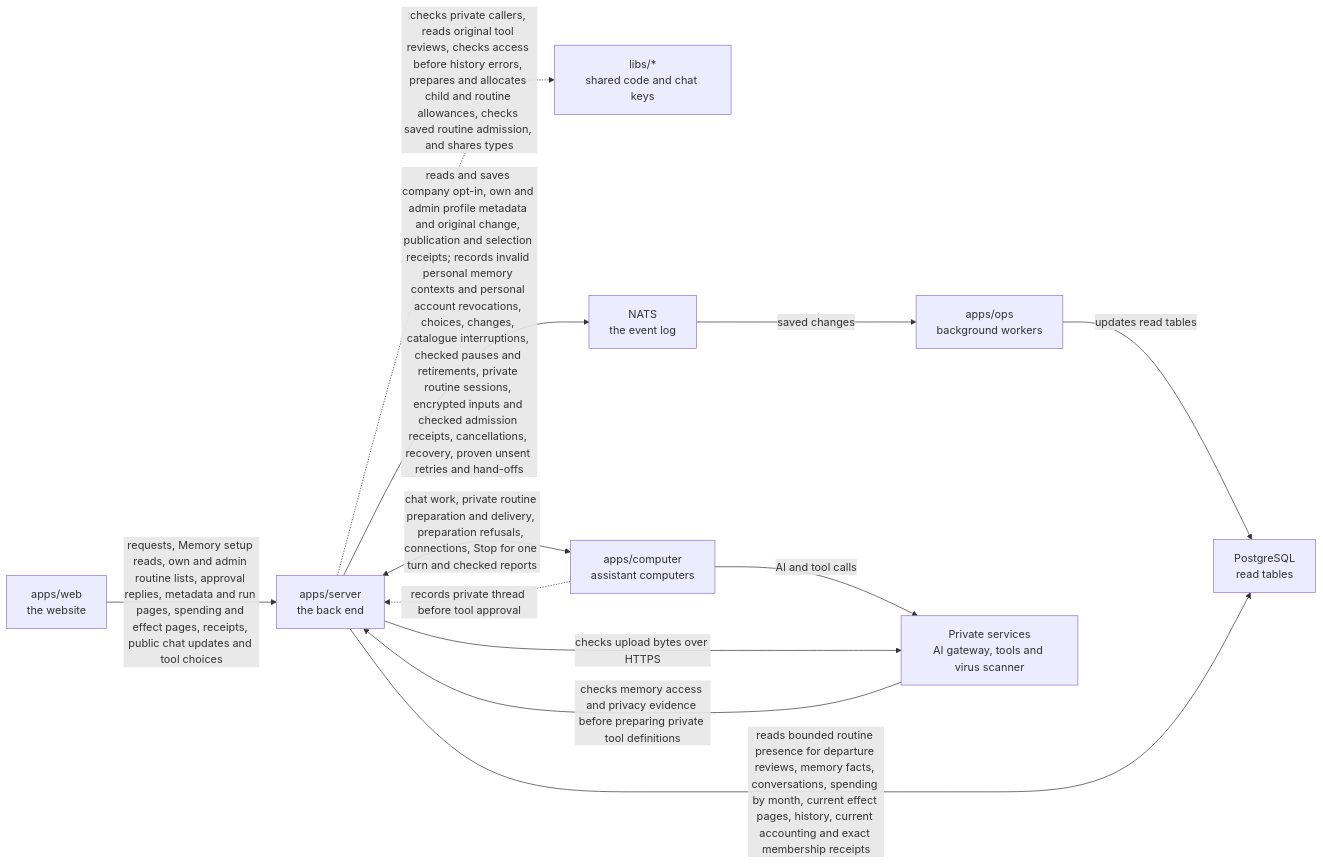
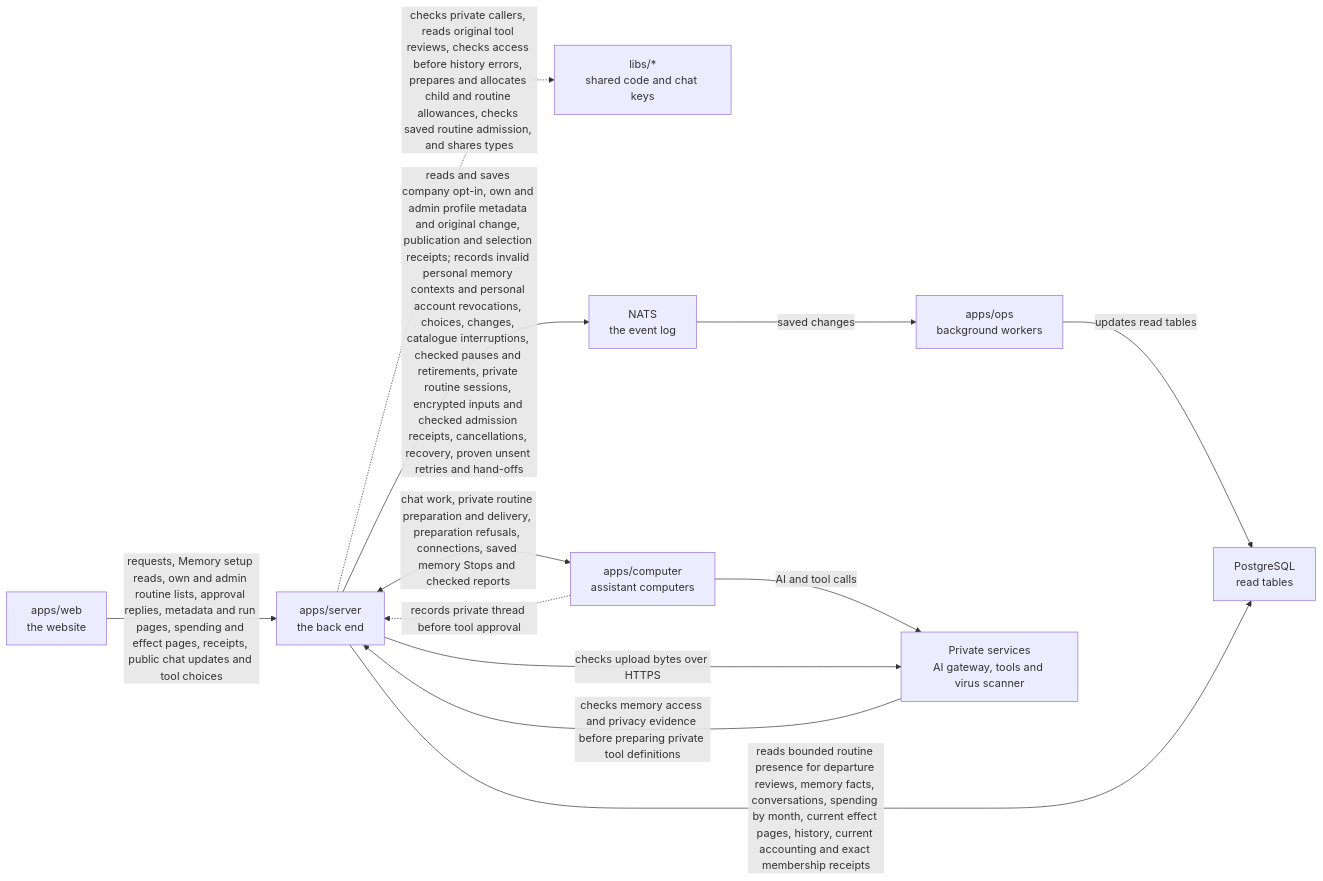
The diagram in apps/server/README.md (elewa-git/opencrane-new), drawn with Mermaid before and after one commit. The commit also changed other lines of this file and 7 other files, not shown here.

Commit message:
🧠 Deliver saved memory invalidations through the live bridge

````diff
--- a/apps/server/README.md
+++ b/apps/server/README.md
@@ -110,14 +113,14 @@
 ```mermaid
 flowchart LR
   web["apps/web<br/>the website"] -->|requests, Memory setup reads, own and admin routine lists, approval replies, metadata and run pages, spending and effect pages, receipts, public chat updates and tool choices| server["apps/server<br/>the back end"]
   server -.->|checks private callers, reads original tool reviews, checks access before history errors, prepares and allocates child and routine allowances, checks saved routine admission, and shares types| libs["libs/*<br/>shared code and chat keys"]
   server -->|reads and saves company opt-in, own and admin profile metadata and original change, publication and selection receipts; records invalid personal memory contexts and personal account revocations, choices, changes, catalogue interruptions, checked pauses and retirements, private routine sessions, encrypted inputs and checked admission receipts, cancellations, recovery, proven unsent retries and hand-offs| nats["NATS<br/>the event log"]
   nats -->|saved changes| ops["apps/ops<br/>background workers"]
   ops -->|updates read tables| postgres["PostgreSQL<br/>read tables"]
   server -->|reads bounded routine presence for departure reviews, memory facts, conversations, spending by month, current effect pages, history, current accounting and exact membership receipts| postgres
-  server <-->|chat work, private routine preparation and delivery, preparation refusals, connections, Stop for one turn and checked reports| computer["apps/computer<br/>assistant computers"]
+  server <-->|chat work, private routine preparation and delivery, preparation refusals, connections, saved memory Stops and checked reports| computer["apps/computer<br/>assistant computers"]
   computer -.->|records private thread before tool approval| server
   computer -->|AI and tool calls| runtime["Private services<br/>AI gateway, tools and virus scanner"]
   server -->|checks upload bytes over HTTPS| runtime
   runtime -->|checks memory access and privacy evidence before preparing private tool definitions| server
 ```
````
